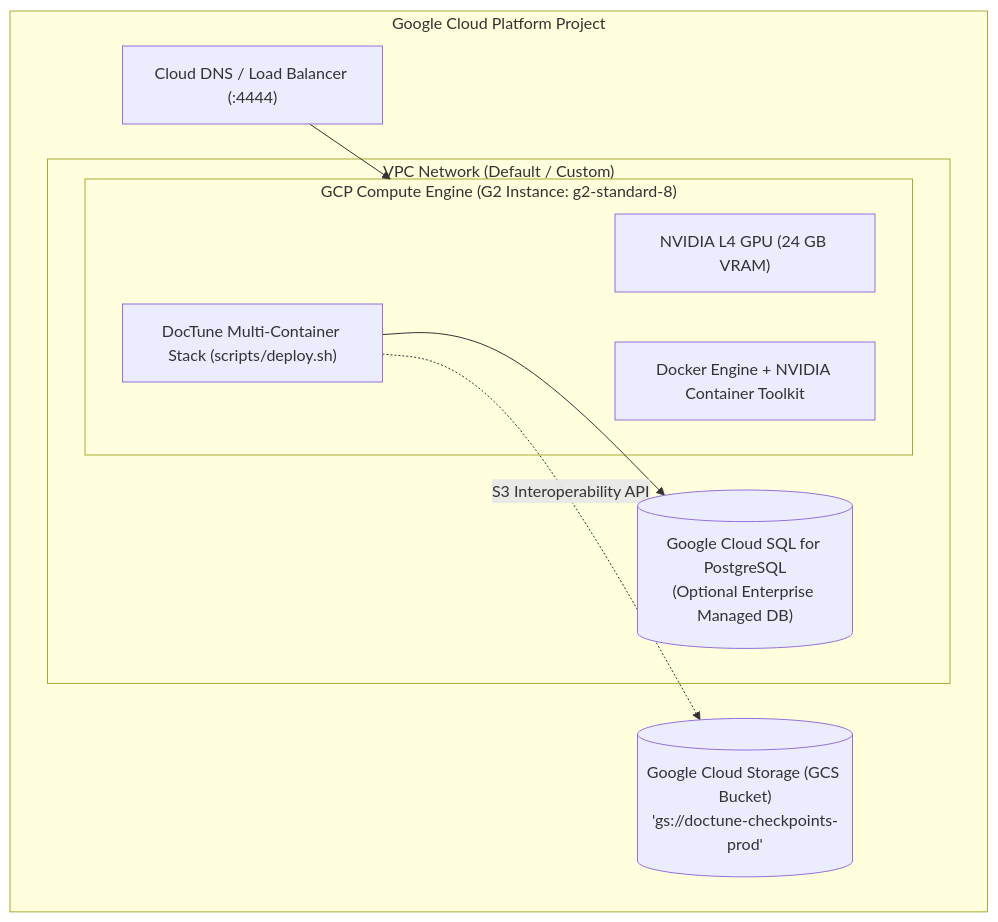
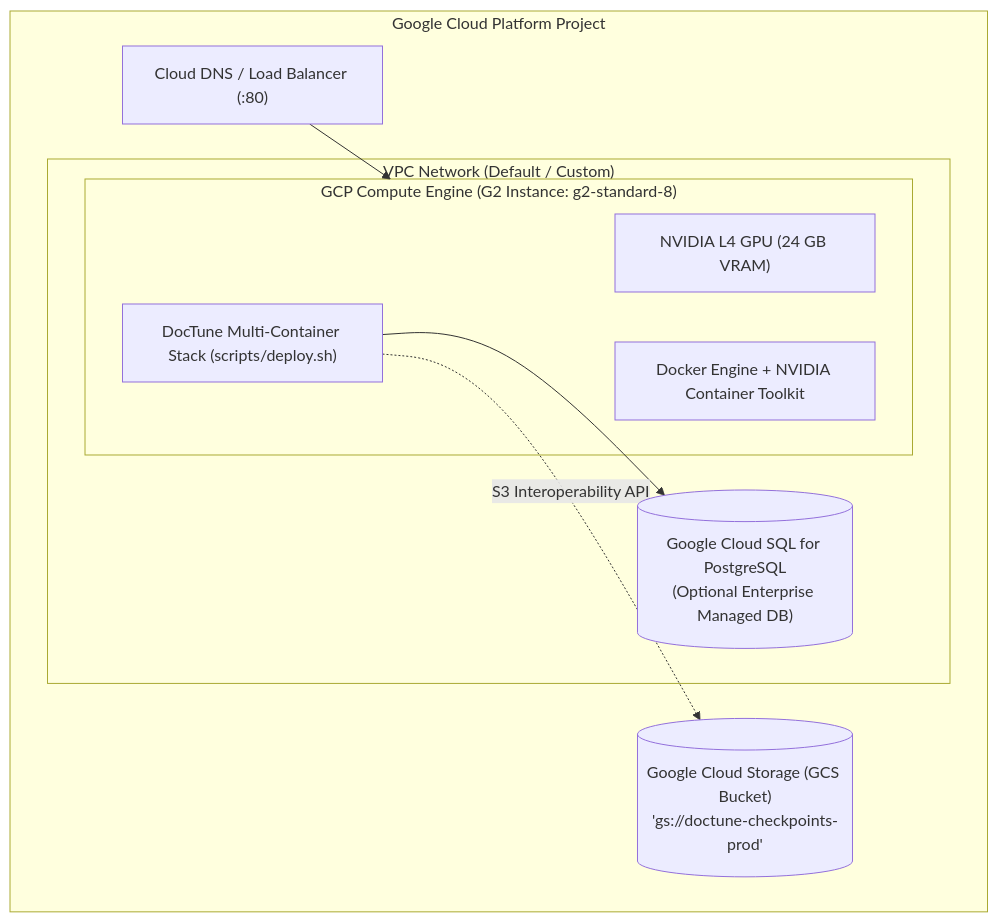
One commit to Niccher/DocTune changed the diagram in docs/architecture/deployment.md. Above: the diagram before and after it, drawn with Mermaid. The commit also changed other lines of this file and 20 other files, not shown here.

````diff
--- a/docs/architecture/deployment.md
+++ b/docs/architecture/deployment.md
@@ -18,21 +18,21 @@
 ```mermaid
 flowchart TB
     subgraph GCP["Google Cloud Platform Project"]
         subgraph VPC["VPC Network (Default / Custom)"]
             subgraph GCE["GCP Compute Engine (G2 Instance: g2-standard-8)"]
                 L4["NVIDIA L4 GPU (24 GB VRAM)"]
                 Docker["Docker Engine + NVIDIA Container Toolkit"]
                 Compose["DocTune Multi-Container Stack (scripts/deploy.sh)"]
             end
             
             CloudSQL[("Google Cloud SQL for PostgreSQL\n(Optional Enterprise Managed DB)")]
         end
 
         GCS[("Google Cloud Storage (GCS Bucket)\n'gs://doctune-checkpoints-prod'")]
-        CloudDNS["Cloud DNS / Load Balancer (:4444)"]
+        CloudDNS["Cloud DNS / Load Balancer (:80)"]
     end
 
     CloudDNS --> GCE
     Compose --> CloudSQL
     Compose -.->|S3 Interoperability API| GCS
 ```
````
